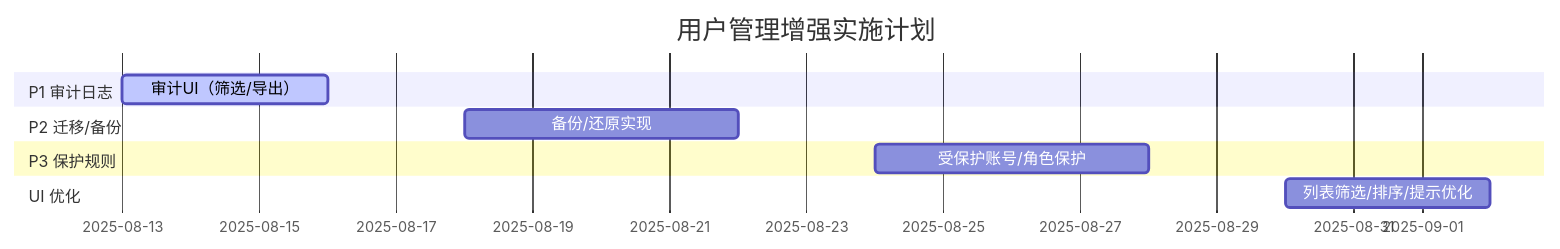
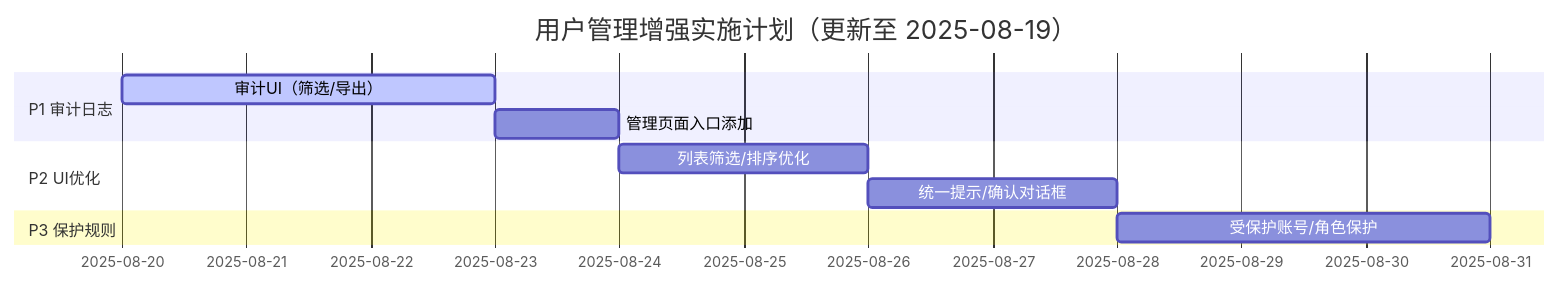
One commit to onecoin9/Constantine-projects changed the diagram in docs/progress/UserManagement_Enhancement_Plan.md. Above: the diagram before and after it, drawn with Mermaid. The commit also changed other lines of this file, not shown here.

````diff
--- a/docs/progress/UserManagement_Enhancement_Plan.md
+++ b/docs/progress/UserManagement_Enhancement_Plan.md
@@ -102,17 +135,16 @@
 ```mermaid
 gantt
   dateFormat  YYYY-MM-DD
-  title 用户管理增强实施计划
+  title 用户管理增强实施计划（更新至 2025-08-19）
 
   section P1 审计日志
-  审计UI（筛选/导出）    :active,  p1a, 2025-08-13, 3d
+  审计UI（筛选/导出）    :active,  p1a, 2025-08-20, 3d
+  管理页面入口添加        :        p1b, after p1a, 1d
 
-  section P2 迁移/备份
-  备份/还原实现           :        p2a, 2025-08-18, 4d
+  section P2 UI优化
+  列表筛选/排序优化       :        ui1, 2025-08-24, 2d
+  统一提示/确认对话框     :        ui2, after ui1, 2d
 
   section P3 保护规则
-  受保护账号/角色保护     :        p3a, 2025-08-24, 4d
-
-  section UI 优化
-  列表筛选/排序/提示优化   :        ui1, 2025-08-30, 3d
+  受保护账号/角色保护     :        p3a, 2025-08-28, 3d
 ```
````
